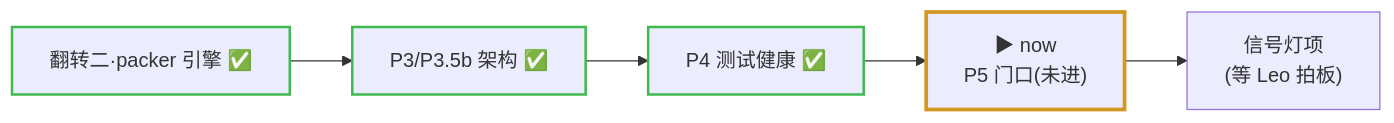
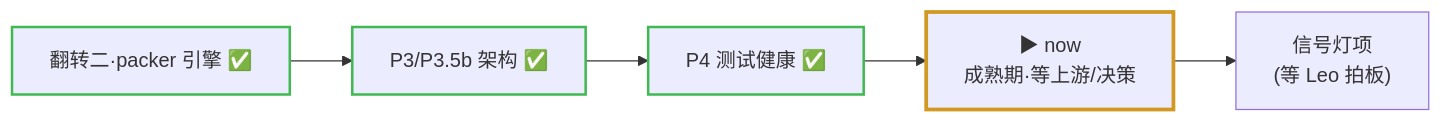
Before and after one commit to Leo86868/Promo-Pipeline: the first of 2 diagrams in workflow/ROADMAP.md, drawn with Mermaid. The commit also changed other lines of this file and 1 other file, not shown here.

First line of the commit message:
roadmap prune: drop 停顿切镜; P5 deferred (not next station); reword 120s + POI-facts for clarity

````diff
--- a/workflow/ROADMAP.md
+++ b/workflow/ROADMAP.md
@@ -18,8 +18,8 @@
 ```mermaid
 flowchart LR
-  E["翻转二·packer 引擎 ✅"] --> A["P3/P3.5b 架构 ✅"] --> T["P4 测试健康 ✅"] --> NOW["▶ now<br/>P5 门口(未进)"] --> G["信号灯项<br/>(等 Leo 拍板)"]
+  E["翻转二·packer 引擎 ✅"] --> A["P3/P3.5b 架构 ✅"] --> T["P4 测试健康 ✅"] --> NOW["▶ now<br/>成熟期·等上游/决策"] --> G["信号灯项<br/>(等 Leo 拍板)"]
   classDef done stroke:#3fb950,stroke-width:2px
   classDef now stroke:#d29922,stroke-width:3px
   class E,A,T done
   class NOW now
 ```
````
